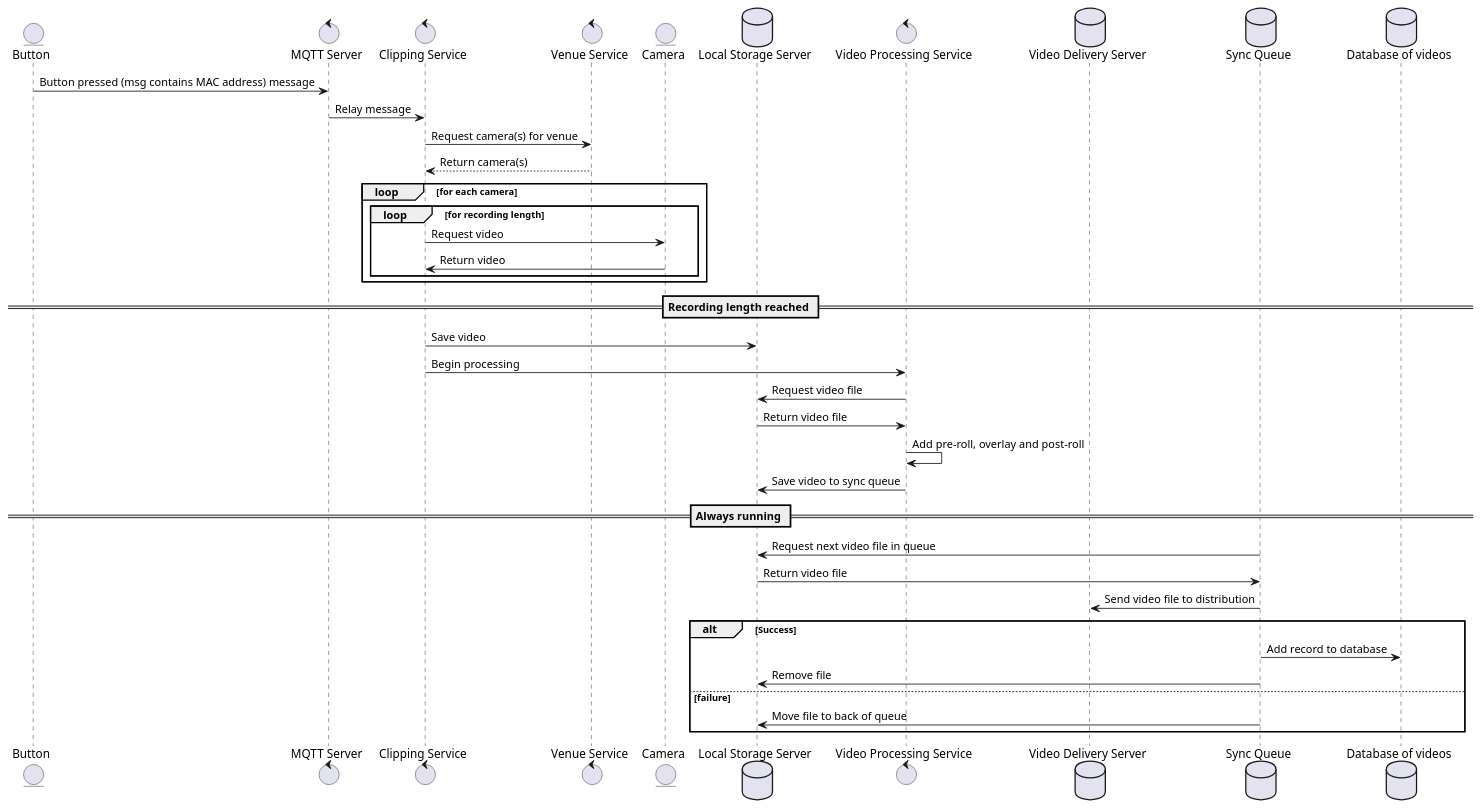
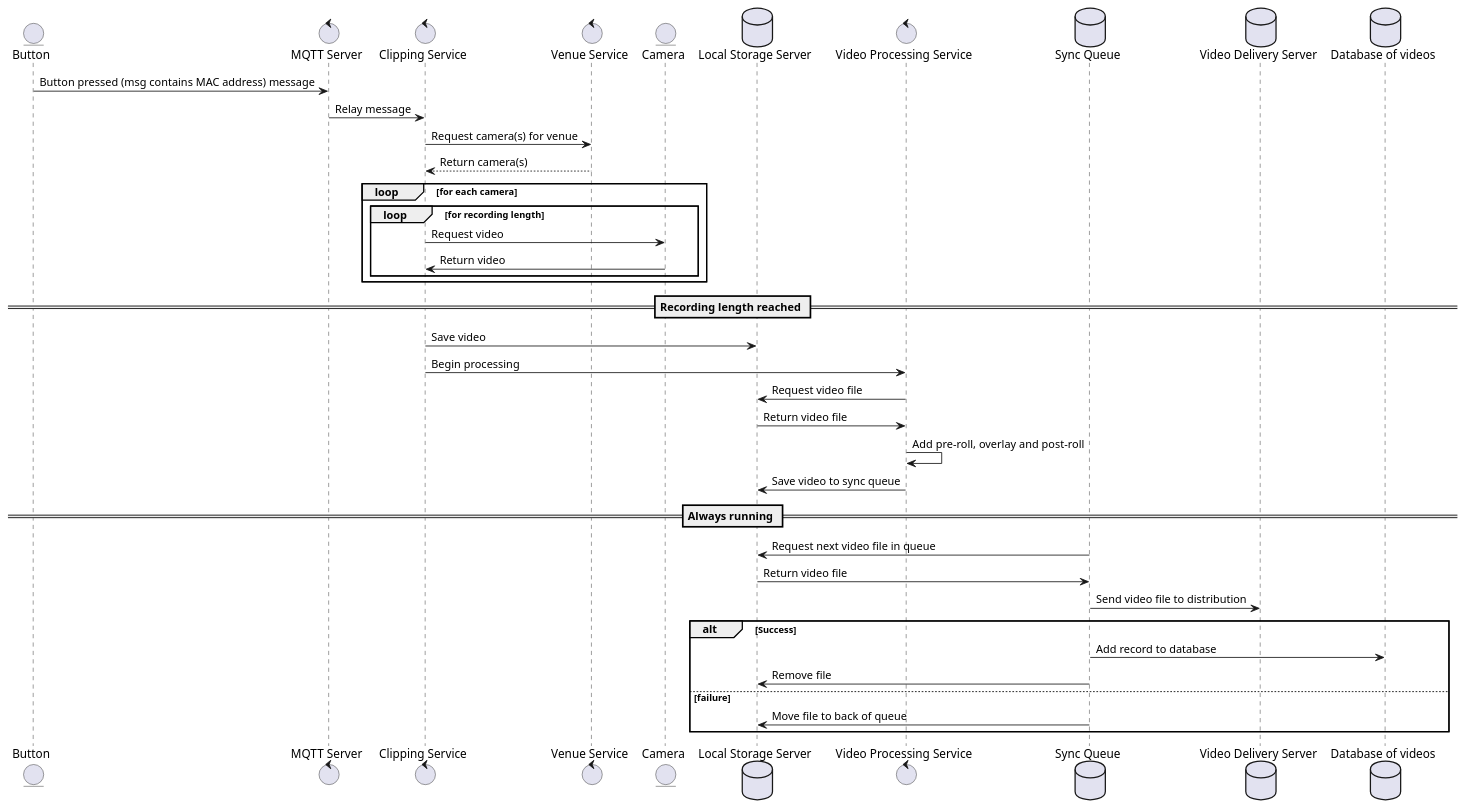
One commit to shaworth/planter changed the diagram in overview.puml. Above: the diagram before and after it, drawn with PlantUML. The commit also changed other lines of this file, not shown here.

```diff
--- a/overview.puml
+++ b/overview.puml
@@ -1,45 +1,45 @@
 @startuml
 
 entity "Button" as button
 control "MQTT Server" as mqtt
 control "Clipping Service" as clipping
 control "Venue Service" as venue
 entity "Camera" as camera
 database "Local Storage Server" as localstorage
 control "Video Processing Service" as postprocess
+database "Sync Queue" as sync
 database "Video Delivery Server" as s3
-database "Sync Queue" as sync
 database "Database of videos" as db
 
 button -> mqtt : Button pressed (msg contains MAC address) message
 mqtt -> clipping : Relay message
 clipping -> venue : Request camera(s) for venue
 venue --> clipping : Return camera(s)
 loop for each camera
     loop for recording length
         clipping -> camera: Request video
         camera -> clipping: Return video
     end
 end
 
 == Recording length reached ==
 
 clipping -> localstorage: Save video
 clipping -> postprocess: Begin processing
 postprocess -> localstorage: Request video file
 postprocess <- localstorage: Return video file
 postprocess -> postprocess: Add pre-roll, overlay and post-roll
 postprocess -> localstorage: Save video to sync queue
 
 == Always running ==
 sync -> localstorage: Request next video file in queue
 localstorage -> sync: Return video file
 sync -> s3: Send video file to distribution
 alt Success
     sync -> db: Add record to database
     sync -> localstorage: Remove file
 else failure
     sync -> localstorage: Move file to back of queue
 end
 
 @enduml
```
